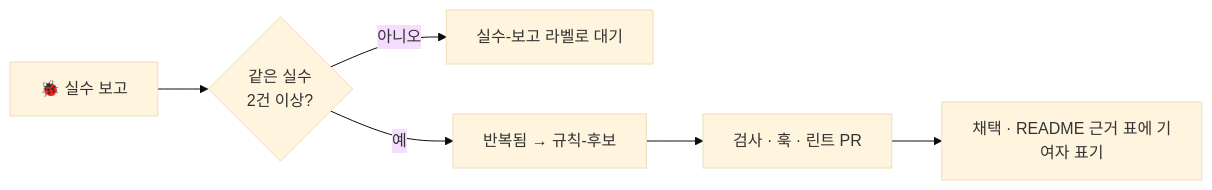
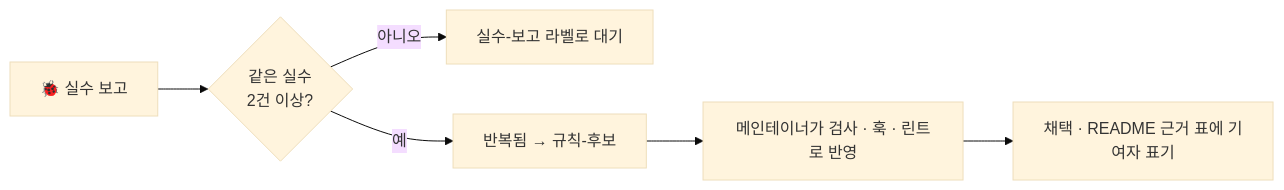
One commit to kyungchan3007/harness-template changed the diagram in CONTRIBUTING.md. Above: the diagram before and after it, drawn with Mermaid (base theme). The commit also changed other lines of this file and 4 other files, not shown here.

````diff
--- a/CONTRIBUTING.md
+++ b/CONTRIBUTING.md
@@ -17,8 +19,8 @@
 ```mermaid
 flowchart LR
     A[🐞 실수 보고] --> B{같은 실수<br/>2건 이상?}
     B -- 아니오 --> C[실수-보고 라벨로 대기]
     B -- 예 --> D[반복됨 → 규칙-후보]
-    D --> E[검사 · 훅 · 린트 PR]
+    D --> E[메인테이너가 검사 · 훅 · 린트로 반영]
     E --> F[채택 · README 근거 표에 기여자 표기]
 ```
````
